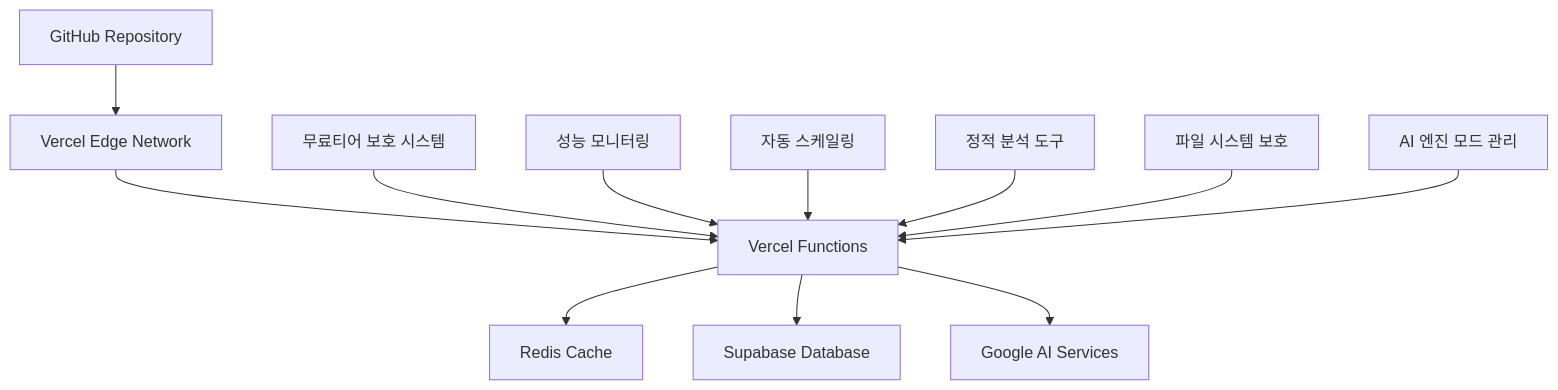
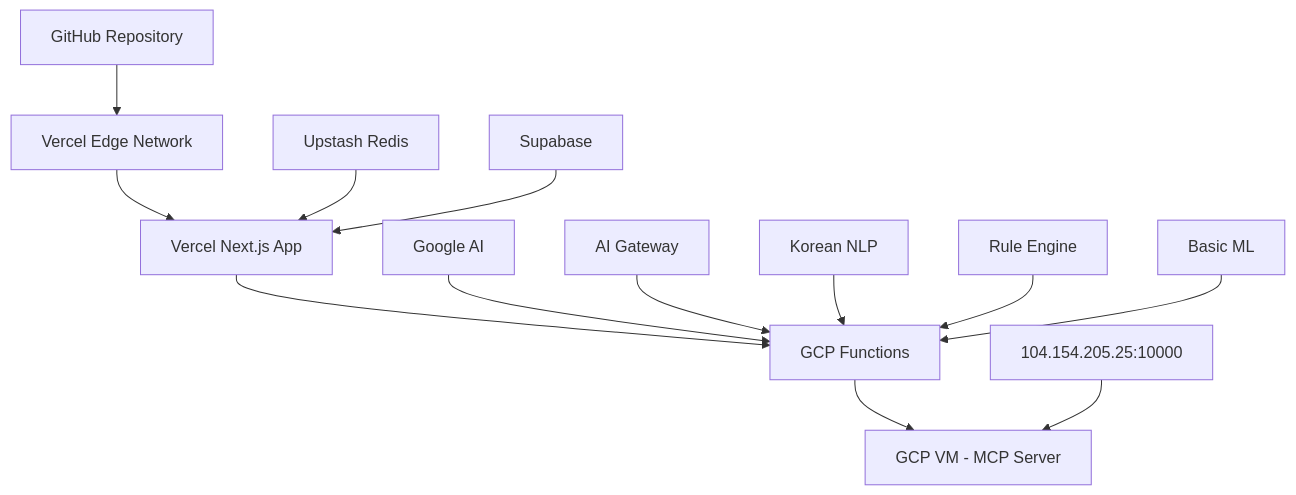
The diagram in docs/deployment-guide.md (skyasu2/openmanager-vibe-v5), drawn with Mermaid before and after one commit. The commit also changed other lines of this file and 10 other files, not shown here.

````diff
--- a/docs/deployment-guide.md
+++ b/docs/deployment-guide.md
@@ -38,15 +45,18 @@
 ```mermaid
 graph TB
     A[GitHub Repository] --> B[Vercel Edge Network]
-    B --> C[Vercel Functions]
-    C --> D[Redis Cache]
-    C --> E[Supabase Database]
-    C --> F[Google AI Services]
-
-    G[무료티어 보호 시스템] --> C
-    H[성능 모니터링] --> C
-    I[자동 스케일링] --> C
-    J[정적 분석 도구] --> C
-    K[파일 시스템 보호] --> C
-    L[AI 엔진 모드 관리] --> C
+    B --> C[Vercel Next.js App]
+    C --> D[GCP Functions]
+    D --> E[GCP VM - MCP Server]
+    
+    F[Upstash Redis] --> C
+    G[Supabase] --> C
+    H[Google AI] --> D
+    
+    I[AI Gateway] --> D
+    J[Korean NLP] --> D
+    K[Rule Engine] --> D
+    L[Basic ML] --> D
+    
+    M[104.154.205.25:10000] --> E
 ```
````
